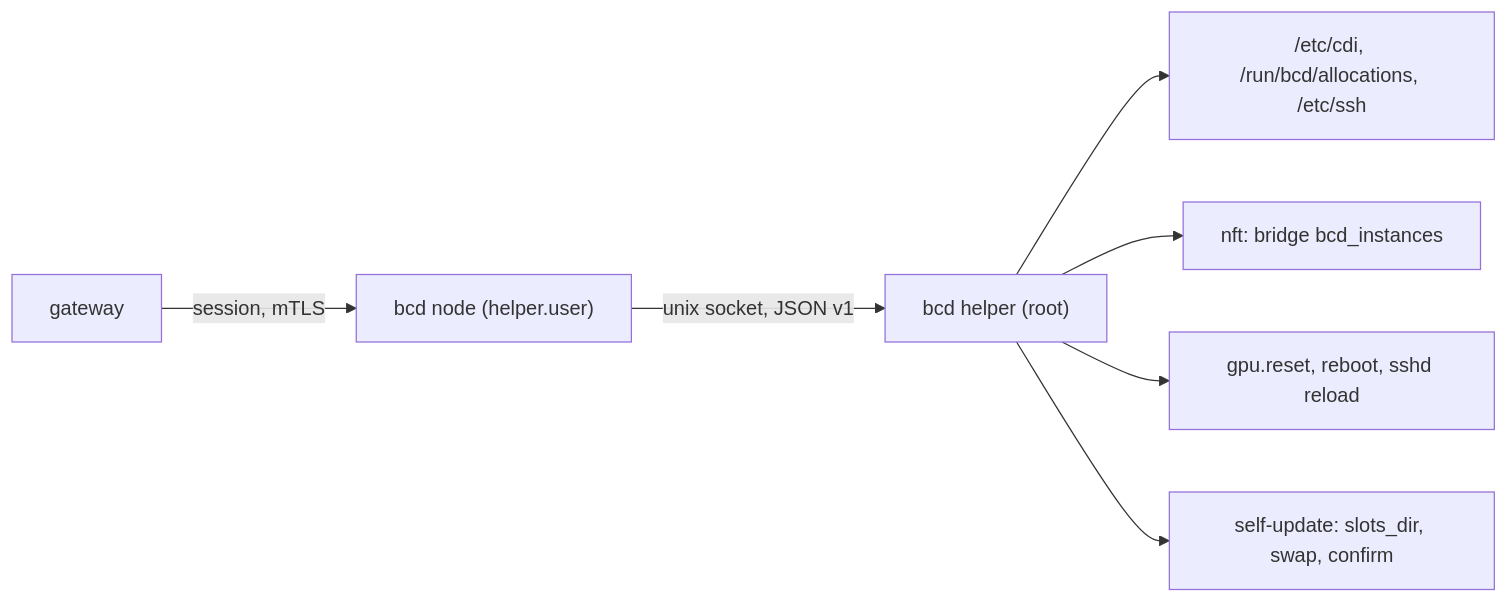
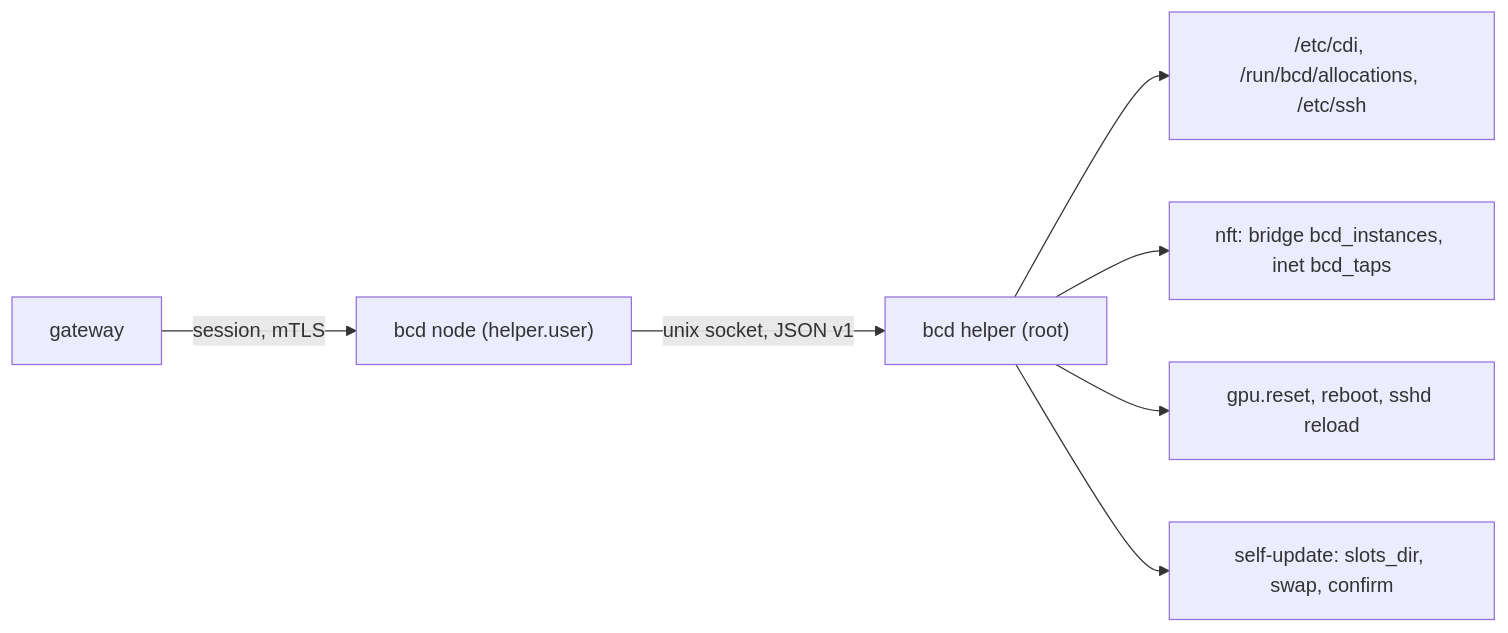
One commit to Better-Compute/better-compute changed the second of 2 diagrams in apps/docs/content/docs/daemon/index.mdx. Above: the diagram before and after it, drawn with Mermaid. The commit also changed other lines of this file and 20 other files, not shown here.

````diff
--- a/apps/docs/content/docs/daemon/index.mdx
+++ b/apps/docs/content/docs/daemon/index.mdx
@@ -327,9 +319,9 @@
 ```mermaid
 flowchart LR
   G["gateway"] -->|"session, mTLS"| N["bcd node (helper.user)"]
   N -->|"unix socket, JSON v1"| H["bcd helper (root)"]
   H --> F["/etc/cdi, /run/bcd/allocations, /etc/ssh"]
-  H --> T["nft: bridge bcd_instances"]
+  H --> T["nft: bridge bcd_instances, inet bcd_taps"]
   H --> R["gpu.reset, reboot, sshd reload"]
   H --> U["self-update: slots_dir, swap, confirm"]
 ```
````
